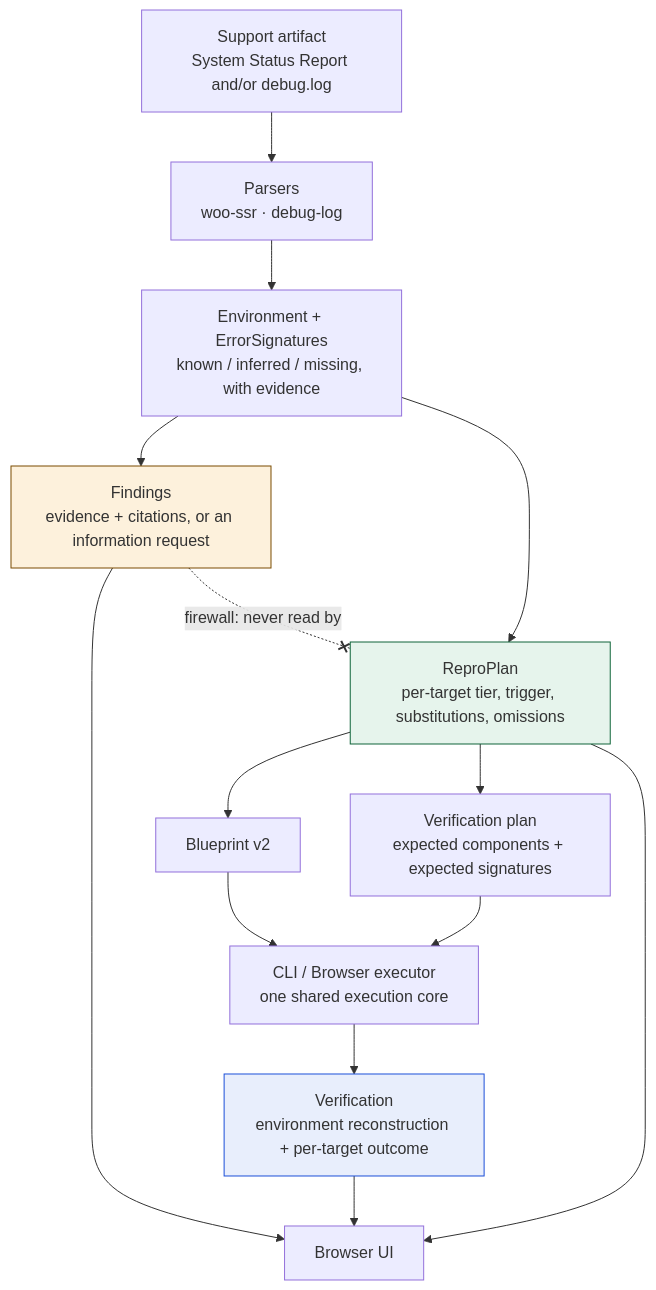
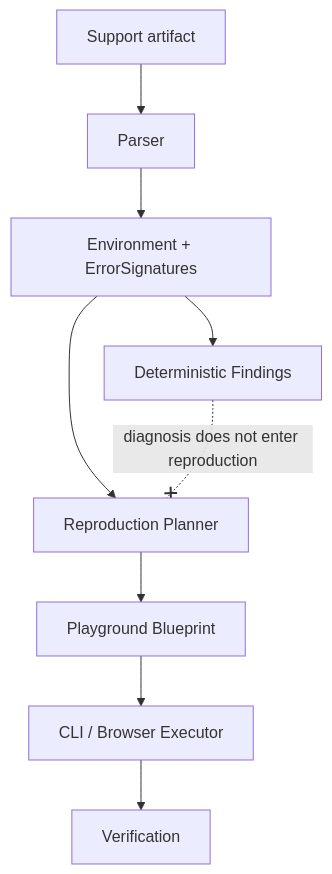
The diagram in README.md (lucyeos07/wordpress-support-reproduction-engine), drawn with Mermaid before and after one commit. The commit also changed other lines of this file and 4 other files, not shown here.

````diff
--- a/README.md
+++ b/README.md
@@ -108,25 +63,14 @@
 ```mermaid
 flowchart TD
-  A["Support artifact<br/>System Status Report and/or debug.log"] --> B["Parsers<br/>woo-ssr · debug-log"]
-  B --> C["Environment + ErrorSignatures<br/>known / inferred / missing, with evidence"]
+    A[Support artifact] --> B[Parser]
+    B --> C[Environment + ErrorSignatures]
 
-  C --> D["Findings<br/>evidence + citations, or an information request"]
-  C --> E["ReproPlan<br/>per-target tier, trigger, substitutions, omissions"]
+    C --> D[Deterministic Findings]
+    C --> E[Reproduction Planner]
 
-  E --> F["Blueprint v2"]
-  E --> VP["Verification plan<br/>expected components + expected signatures"]
+    E --> F[Playground Blueprint]
+    F --> G[CLI / Browser Executor]
+    G --> H[Verification]
 
-  F --> G["CLI / Browser executor<br/>one shared execution core"]
-  VP --> G
-  G --> H["Verification<br/>environment reconstruction + per-target outcome"]
-
-  D --> UI["Browser UI"]
-  E --> UI
-  H --> UI
-
-  D -. "firewall: never read by" .-x E
-
-  style D fill:#fdf1dc,stroke:#7a4b00
-  style E fill:#e6f4ec,stroke:#10653a
-  style H fill:#e8eefc,stroke:#1b4fd8
+    D -. "diagnosis does not enter reproduction" .-x E
 ```
````
